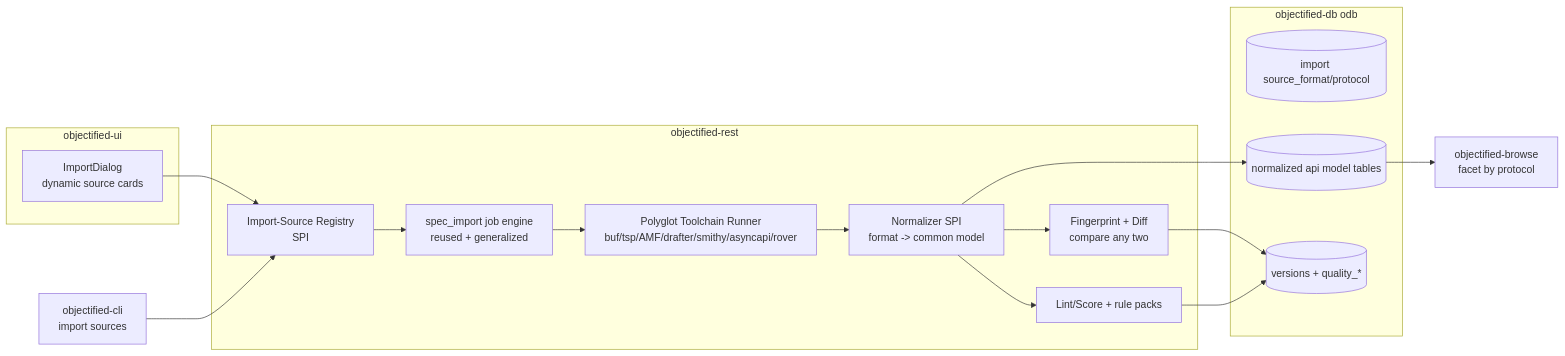
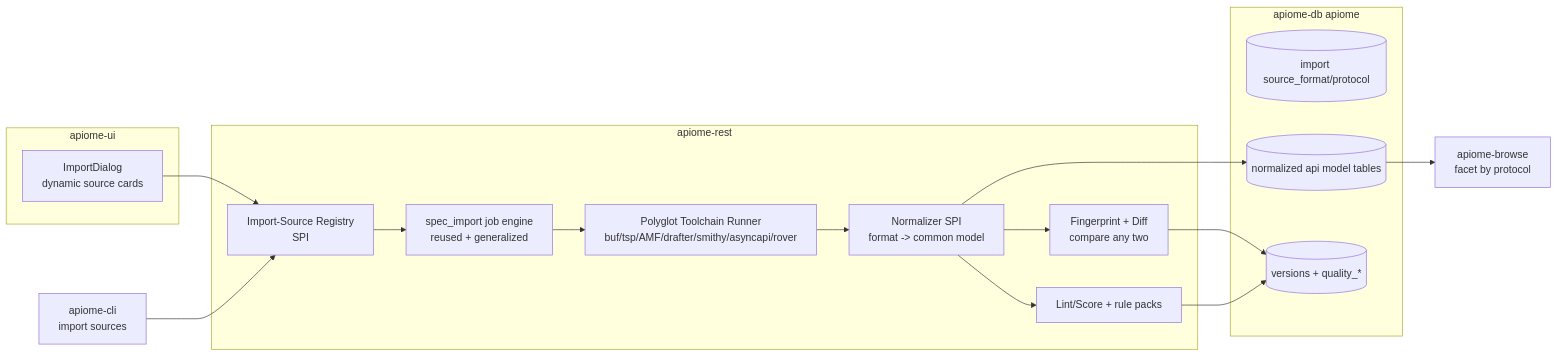
One commit to apiome/apiome changed the second of 8 diagrams in docs/ROADMAP_MULTI_FORMAT_IMPORT.md. Above: the diagram before and after it, drawn with Mermaid. The commit also changed other lines of this file and 4852 other files, not shown here.

````diff
--- a/docs/ROADMAP_MULTI_FORMAT_IMPORT.md
+++ b/docs/ROADMAP_MULTI_FORMAT_IMPORT.md
@@ -205,27 +205,27 @@
 ```mermaid
 flowchart LR
-  subgraph ui[objectified-ui]
+  subgraph ui[apiome-ui]
     ID[ImportDialog\ndynamic source cards]
   end
-  CLI[objectified-cli\nimport sources]
-  subgraph rest[objectified-rest]
+  CLI[apiome-cli\nimport sources]
+  subgraph rest[apiome-rest]
     REG[Import-Source Registry\nSPI]
     JOB[spec_import job engine\nreused + generalized]
     RUN[Polyglot Toolchain Runner\nbuf/tsp/AMF/drafter/smithy/asyncapi/rover]
     NORM[Normalizer SPI\nformat -> common model]
     FP[Fingerprint + Diff\ncompare any two]
     LINT[Lint/Score + rule packs]
   end
-  subgraph db[objectified-db odb]
+  subgraph db[apiome-db apiome]
     SRC[(import source_format/protocol)]
     MODEL[(normalized api model tables)]
     VER[(versions + quality_*)]
   end
-  BROWSE[objectified-browse\nfacet by protocol]
+  BROWSE[apiome-browse\nfacet by protocol]
 
   ID & CLI --> REG --> JOB
   JOB --> RUN --> NORM --> MODEL
   NORM --> FP --> VER
   NORM --> LINT --> VER
   MODEL --> BROWSE
 ```
````
